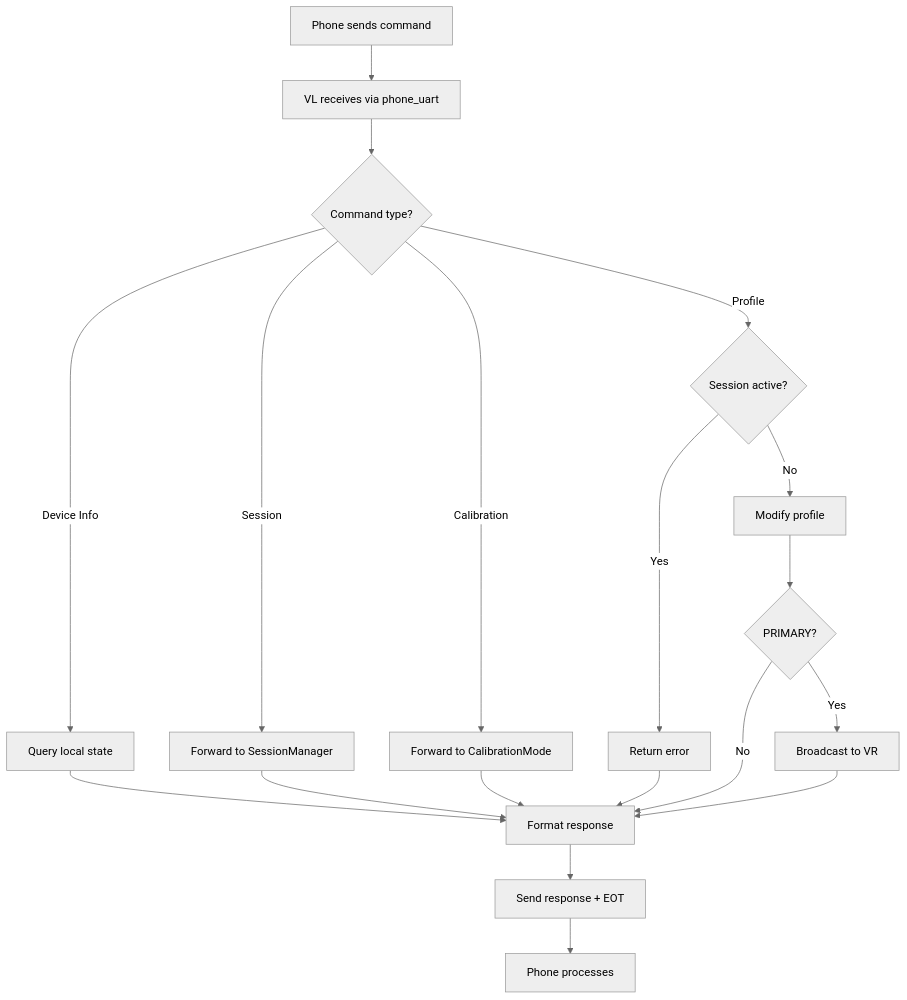
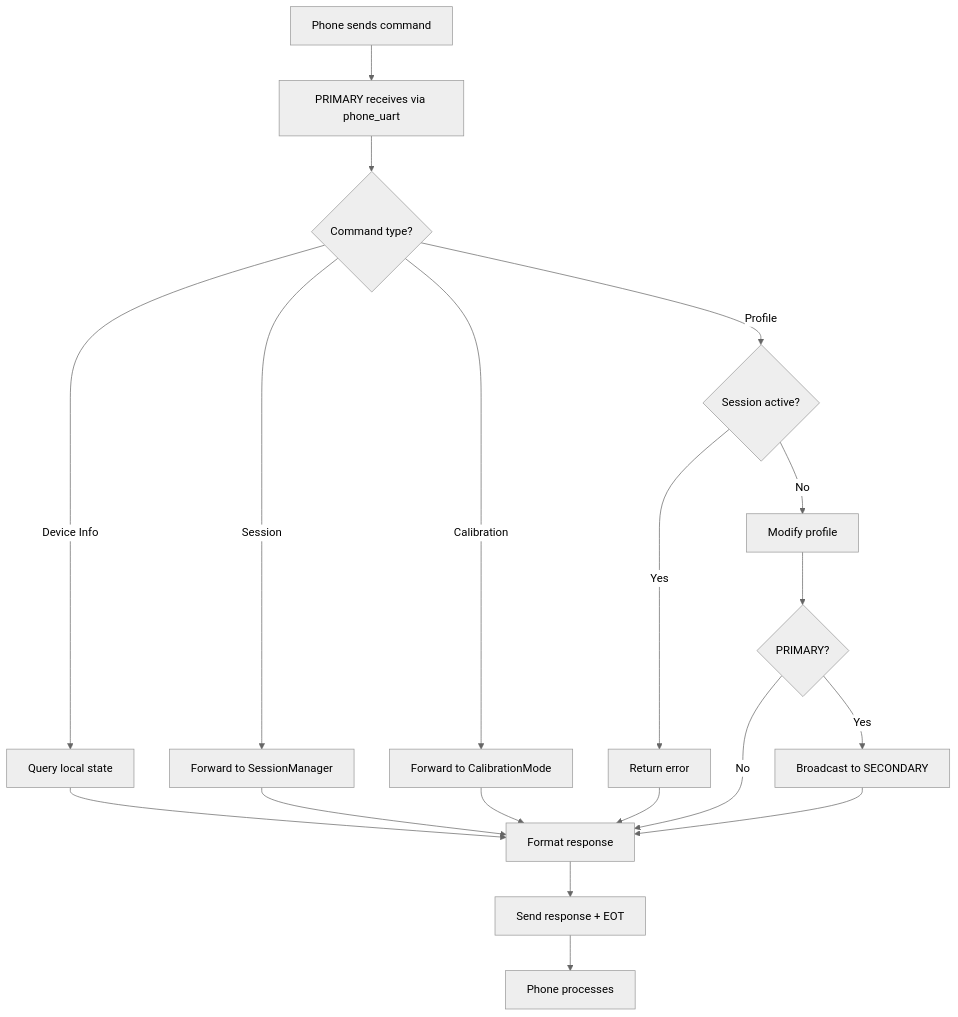
Before and after one commit to BlueBuzzah/BlueBuzzah2-Firmware: the diagram in docs/COMMAND_REFERENCE.md, drawn with Mermaid (neutral theme). The commit also changed other lines of this file and 11 other files, not shown here.

````diff
--- a/docs/COMMAND_REFERENCE.md
+++ b/docs/COMMAND_REFERENCE.md
@@ -81,21 +86,21 @@
 ```mermaid
 flowchart TD
-    A[Phone sends command] --> B[VL receives via phone_uart]
+    A[Phone sends command] --> B[PRIMARY receives via phone_uart]
     B --> C{Command type?}
     C -->|Device Info| D[Query local state]
     C -->|Profile| E{Session active?}
     C -->|Session| F[Forward to SessionManager]
     C -->|Calibration| G[Forward to CalibrationMode]
     E -->|No| H[Modify profile]
     E -->|Yes| I[Return error]
     D --> J[Format response]
     F --> J
     G --> J
     H --> K{PRIMARY?}
     I --> J
-    K -->|Yes| L[Broadcast to VR]
+    K -->|Yes| L[Broadcast to SECONDARY]
     K -->|No| J
     L --> J
     J --> M[Send response + EOT]
     M --> N[Phone processes]
 ```
````
